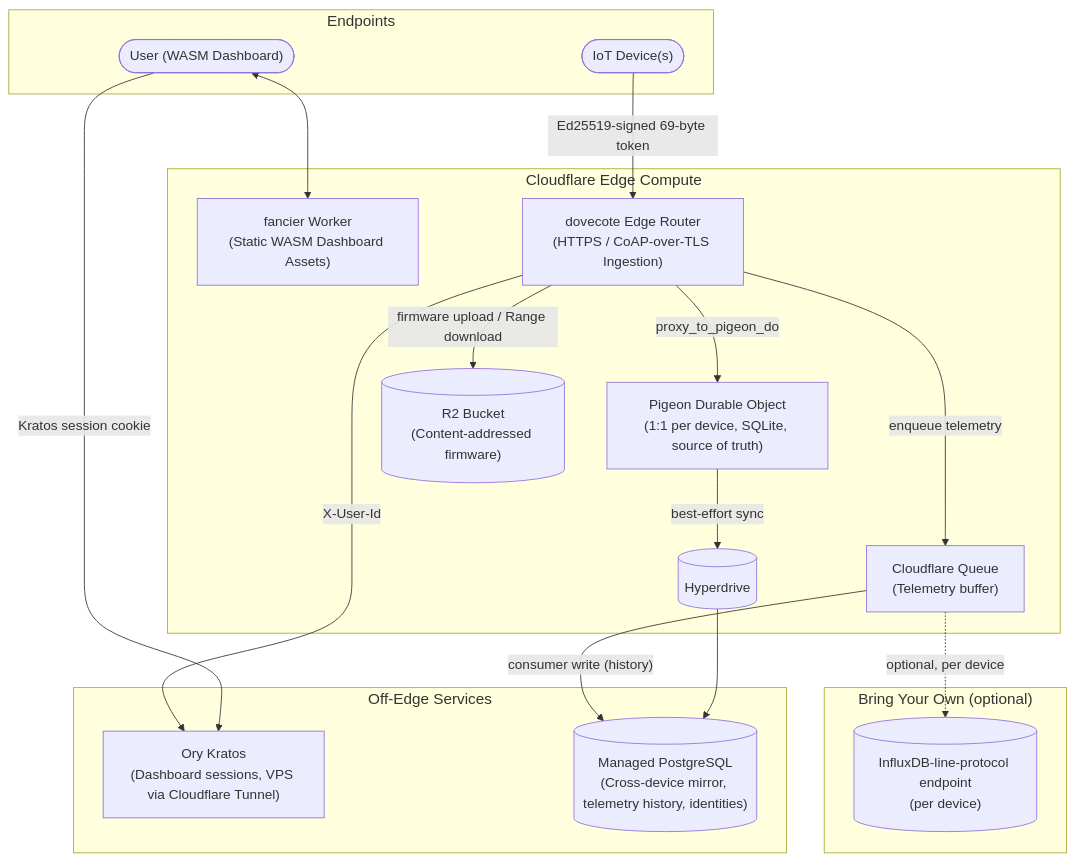
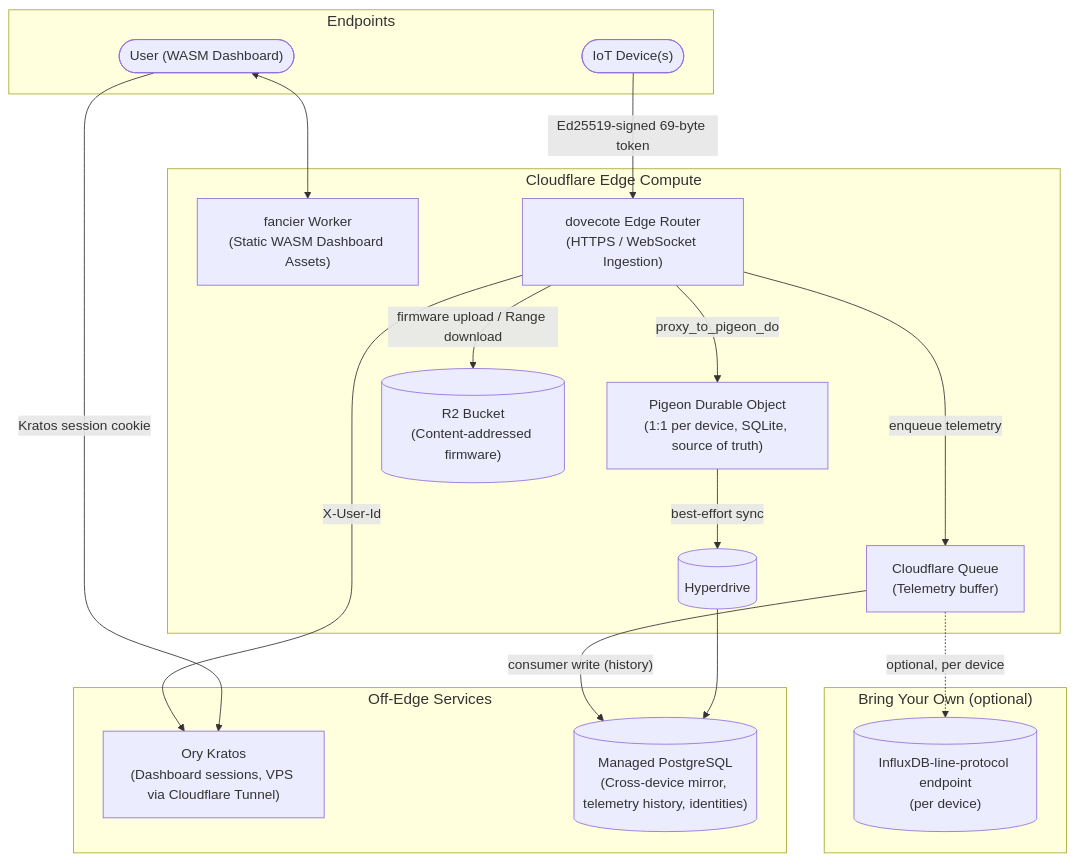
One commit to justins-engineering/pidgeiot changed the diagram in fancier/assets/architecture.mmd. Above: the diagram before and after it, drawn with Mermaid. The commit also changed 8 other files, not shown here.

```diff
--- a/fancier/assets/architecture.mmd
+++ b/fancier/assets/architecture.mmd
@@ -1,103 +1,103 @@
 ---
 config:
   theme: null
   themeVariables:
     fontFamily: "Courier New"
   htmlLabels: true
   flowchart:
     curve: "basis"
     subGraphTitleMargin:
       {
         "top": 0,
         "bottom": 10
       }
   themeCSS: |
     /* Map base shapes to DaisyUI variables */
     .node rect, .node circle, .node polygon, .cluster rect {
       fill: var(--color-base-300) !important;
       stroke: var(--color-base-content) !important;
       color: var(--color-base-content) !important;
       stroke-width: 2px !important;
     }
     .edgeLabel p {
       background-color: var(--color-base-100) !important;
     }
 
     /* Text colors */
     p {
       fill: var(--color-base-content) !important;
       color: var(--color-base-content) !important;
     }
 
     /* Lines and Arrows */
     .marker {
       stroke: var(--color-base-content) !important;
       fill: var(--color-base-content) !important;
     }
     .flowchart-link {
       stroke: var(--color-base-content) !important;
     }
 
     /* Custom Subgraph/Node Theming */
     .cloudflare path, .cloudflare rect {
       fill: color-mix(in oklch, #FC7C1E, transparent 85%) !important;
       stroke: #FC7C1E !important;
     }
     .selfhosted path, .selfhosted rect {
       fill: color-mix(in oklch, #1aaaff, transparent 85%) !important;
       stroke: #1aaaff !important;
     }
     .byo path, .byo rect {
       fill: color-mix(in oklch, #D52B1E, transparent 85%) !important;
       stroke: #D52B1E !important;
     }
     .endpoint path, .endpoint rect {
       fill: color-mix(in oklch, var(--color-primary), transparent 85%) !important;
       stroke: var(--color-primary) !important;
     }
     .storage path, .storage rect {
       fill: color-mix(in oklch, var(--color-secondary), transparent 85%) !important;
       stroke: var(--color-secondary) !important;
     }
 
 ---
 flowchart TB
   classDef subTitle font-size:18px,font-weight: 500;
 
   subgraph Endpoints ["Endpoints"]
     User(["User (WASM Dashboard)"]):::endpoint
     IoT(["IoT Device(s)"]):::endpoint
   end
 
   subgraph Cloudflare ["Cloudflare Edge Compute"]
     Fancier["fancier Worker\n(Static WASM Dashboard Assets)"]:::cloudflare
-    Router["dovecote Edge Router\n(HTTPS / CoAP-over-TLS Ingestion)"]:::cloudflare
+    Router["dovecote Edge Router\n(HTTPS / WebSocket Ingestion)"]:::cloudflare
     DO_Pigeon["Pigeon Durable Object\n(1:1 per device, SQLite, source of truth)"]:::cloudflare
     Queue["Cloudflare Queue\n(Telemetry buffer)"]:::cloudflare
     R2[("R2 Bucket\n(Content-addressed firmware)")]:::cloudflare
     Hyperdrive[("Hyperdrive")]:::cloudflare
   end
 
   subgraph SelfHosted ["Off-Edge Services"]
     Kratos["Ory Kratos\n(Dashboard sessions, VPS via Cloudflare Tunnel)"]:::selfhosted
     Postgres[("Managed PostgreSQL\n(Cross-device mirror, telemetry history, identities)")]:::storage
   end
 
   subgraph BYO ["Bring Your Own (optional)"]
     LineProto[("InfluxDB-line-protocol endpoint\n(per device)")]:::byo
   end
 
   class Endpoints,Cloudflare,SelfHosted,BYO subTitle;
 
   %% Routing
   User <--> Fancier
   User -- "Kratos session cookie" --> Kratos
   IoT -- "Ed25519-signed 69-byte token" --> Router
   Router -- "proxy_to_pigeon_do" --> DO_Pigeon
   Router -- "X-User-Id" --> Kratos
   Router -- "firmware upload / Range download" --> R2
   DO_Pigeon -- "best-effort sync" --> Hyperdrive
   Hyperdrive --> Postgres
   Router -- "enqueue telemetry" --> Queue
   Queue -- "consumer write (history)" --> Postgres
   Queue -. "optional, per device" .-> LineProto
```
